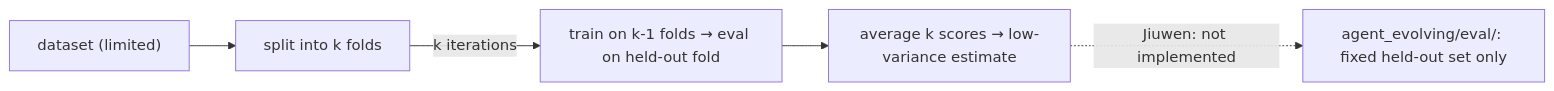
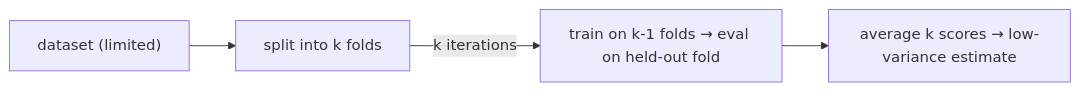
Diagram 16 of 18 in content/topics/00-ml-foundations.md (michaelatamuk/openjiuwen-knowledge), drawn with Mermaid before and after one commit. The commit also changed other lines of this file and 57 other files, not shown here.

````diff
--- a/content/topics/00-ml-foundations.md
+++ b/content/topics/00-ml-foundations.md
@@ -477,7 +306,6 @@
 ```mermaid
 flowchart LR
     DATA["dataset (limited)"] --> FOLD["split into k folds"]
     FOLD -->|"k iterations"| TRAIN["train on k-1 folds → eval on held-out fold"]
     TRAIN --> AVG["average k scores → low-variance estimate"]
-    AVG -.->|"Jiuwen: not implemented"| EV["agent_evolving/eval/: fixed held-out set only"]
 ```
````
